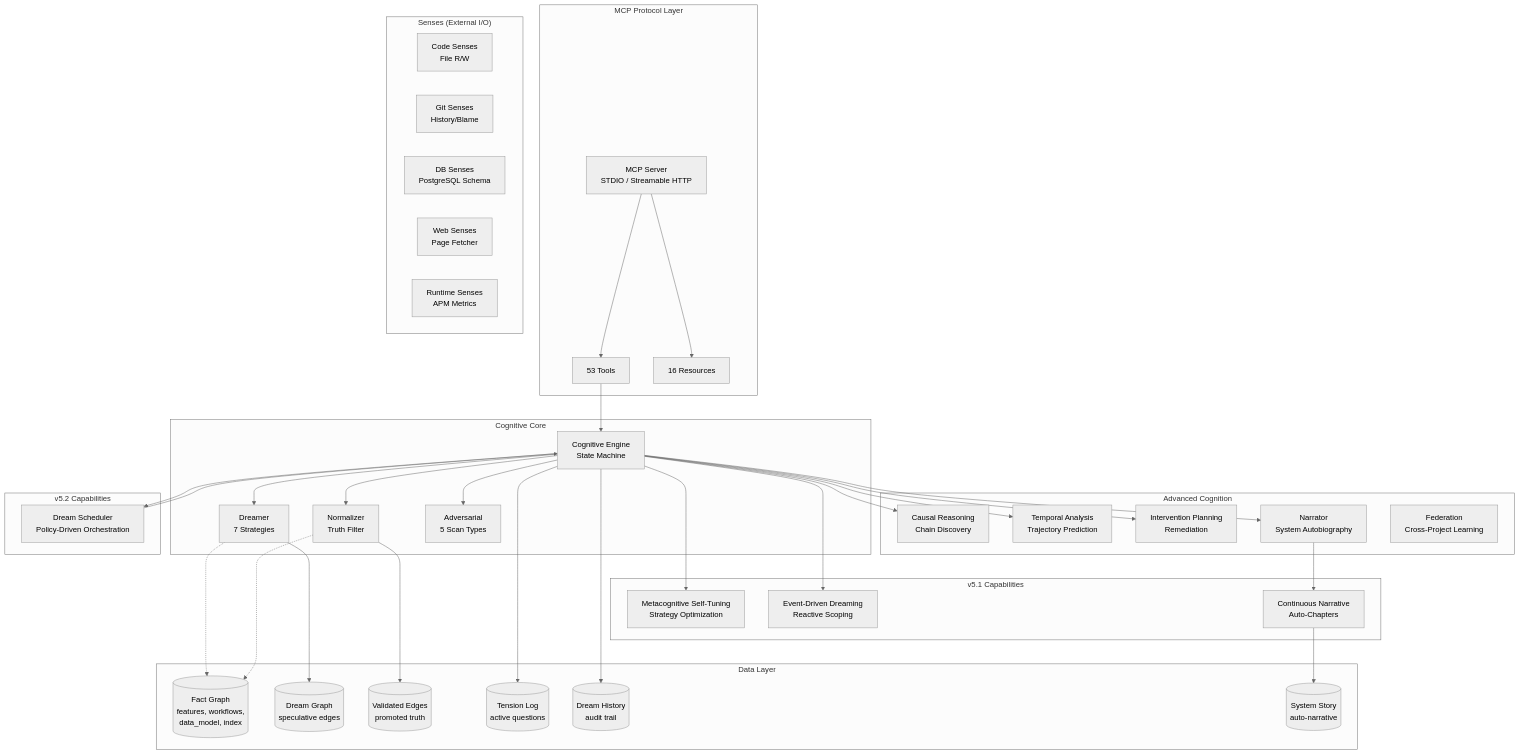
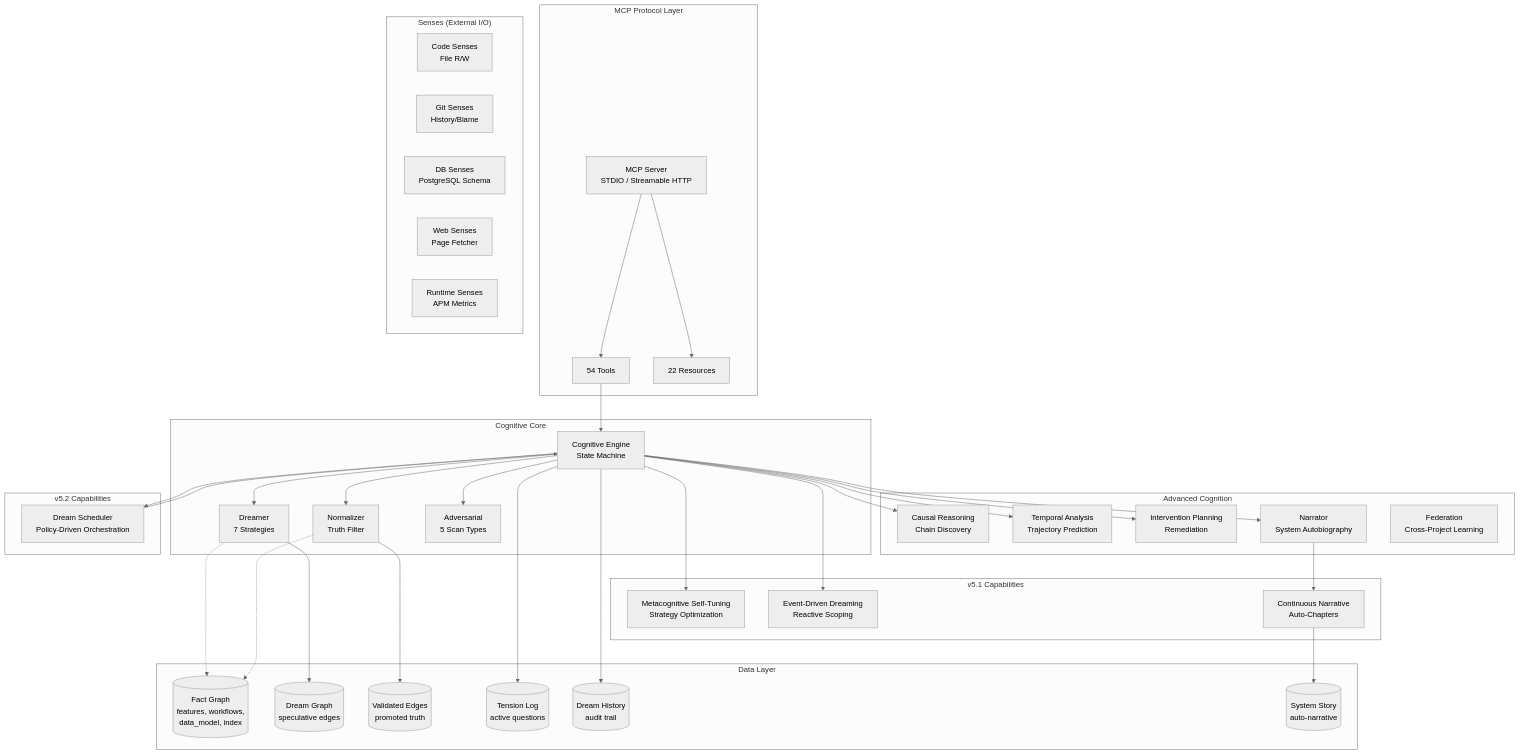
One commit to mmethodz/dreamgraph changed the first of 2 diagrams in docs/architecture.md. Above: the diagram before and after it, drawn with Mermaid (neutral theme). The commit also changed other lines of this file and 10 other files, not shown here.

````diff
--- a/docs/architecture.md
+++ b/docs/architecture.md
@@ -59,73 +59,73 @@
 ```mermaid
 graph TB
     subgraph "MCP Protocol Layer"
         Server["MCP Server<br/>STDIO / Streamable HTTP"]
-        Tools["53 Tools"]
-        Resources["16 Resources"]
+        Tools["54 Tools"]
+        Resources["22 Resources"]
     end
 
     subgraph "Cognitive Core"
         Engine["Cognitive Engine<br/>State Machine"]
         Dreamer["Dreamer<br/>7 Strategies"]
         Normalizer["Normalizer<br/>Truth Filter"]
         Adversarial["Adversarial<br/>5 Scan Types"]
     end
 
     subgraph "Advanced Cognition"
         Causal["Causal Reasoning<br/>Chain Discovery"]
         Temporal["Temporal Analysis<br/>Trajectory Prediction"]
         Intervention["Intervention Planning<br/>Remediation"]
         Narrator["Narrator<br/>System Autobiography"]
         Federation["Federation<br/>Cross-Project Learning"]
     end
 
     subgraph "v5.1 Capabilities"
         Metacognition["Metacognitive Self-Tuning<br/>Strategy Optimization"]
         EventRouter["Event-Driven Dreaming<br/>Reactive Scoping"]
         ContinuousNarrative["Continuous Narrative<br/>Auto-Chapters"]
     end
 
     subgraph "v5.2 Capabilities"
         Scheduler["Dream Scheduler<br/>Policy-Driven Orchestration"]
     end
 
     subgraph "Senses (External I/O)"
         Code["Code Senses<br/>File R/W"]
         Git["Git Senses<br/>History/Blame"]
         DB["DB Senses<br/>PostgreSQL Schema"]
         Web["Web Senses<br/>Page Fetcher"]
         Runtime["Runtime Senses<br/>APM Metrics"]
     end
 
     subgraph "Data Layer"
         FactGraph[("Fact Graph<br/>features, workflows,<br/>data_model, index")]
         DreamGraph[("Dream Graph<br/>speculative edges")]
         Validated[("Validated Edges<br/>promoted truth")]
         Tensions[("Tension Log<br/>active questions")]
         History[("Dream History<br/>audit trail")]
         Story[("System Story<br/>auto-narrative")]
     end
 
     Server --> Tools
     Server --> Resources
     Tools --> Engine
     Engine --> Dreamer
     Engine --> Normalizer
     Engine --> Adversarial
     Engine --> Causal
     Engine --> Temporal
     Engine --> Intervention
     Engine --> Narrator
     Engine --> Metacognition
     Engine --> EventRouter
     Engine --> Scheduler
     Narrator --> ContinuousNarrative
     Scheduler --> Engine
     Dreamer --> DreamGraph
     Normalizer --> Validated
     Engine --> Tensions
     Engine --> History
     ContinuousNarrative --> Story
     Dreamer -.-> FactGraph
     Normalizer -.-> FactGraph
 ```
````
